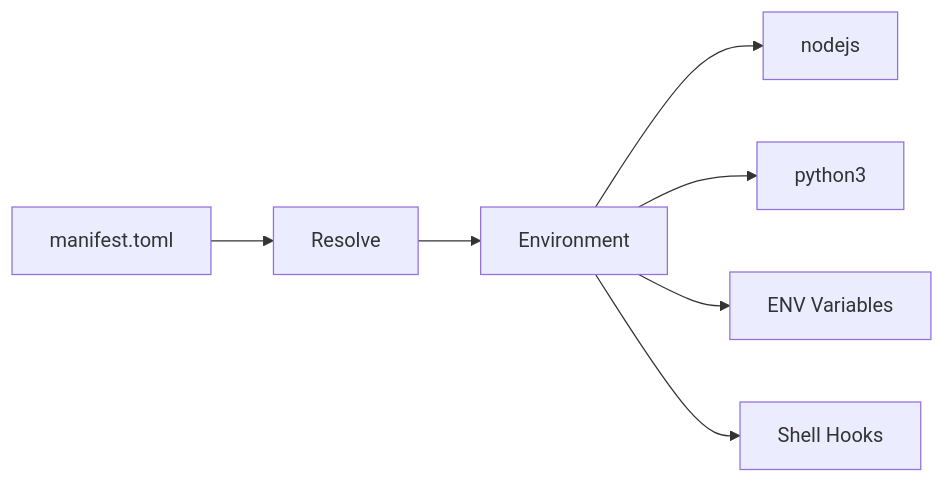
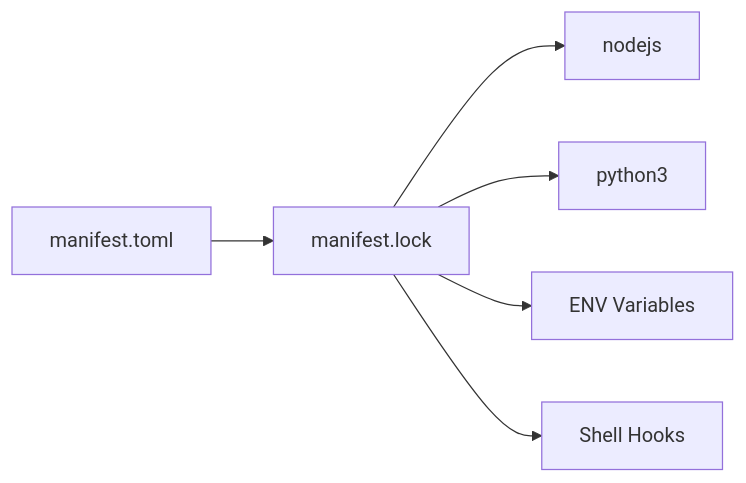
Before and after one commit to jbayer/flox-concepts: the second of 6 diagrams in flox.md, drawn with Mermaid. The commit also changed other lines of this file and 2 other files, not shown here.

Commit message:
updated mission

````diff
--- a/flox.md
+++ b/flox.md
@@ -30,9 +30,8 @@
 ```mermaid
 flowchart LR
-    T[manifest.toml] --> R[Resolve]
-    R --> E[Environment]
-    E --> P1[nodejs]
-    E --> P2[python3]
-    E --> V[ENV Variables]
-    E --> H[Shell Hooks]
+    T[manifest.toml] --> M[manifest.lock]
+    M --> P1[nodejs]
+    M --> P2[python3]
+    M --> V[ENV Variables]
+    M --> H[Shell Hooks]
 ```
````
